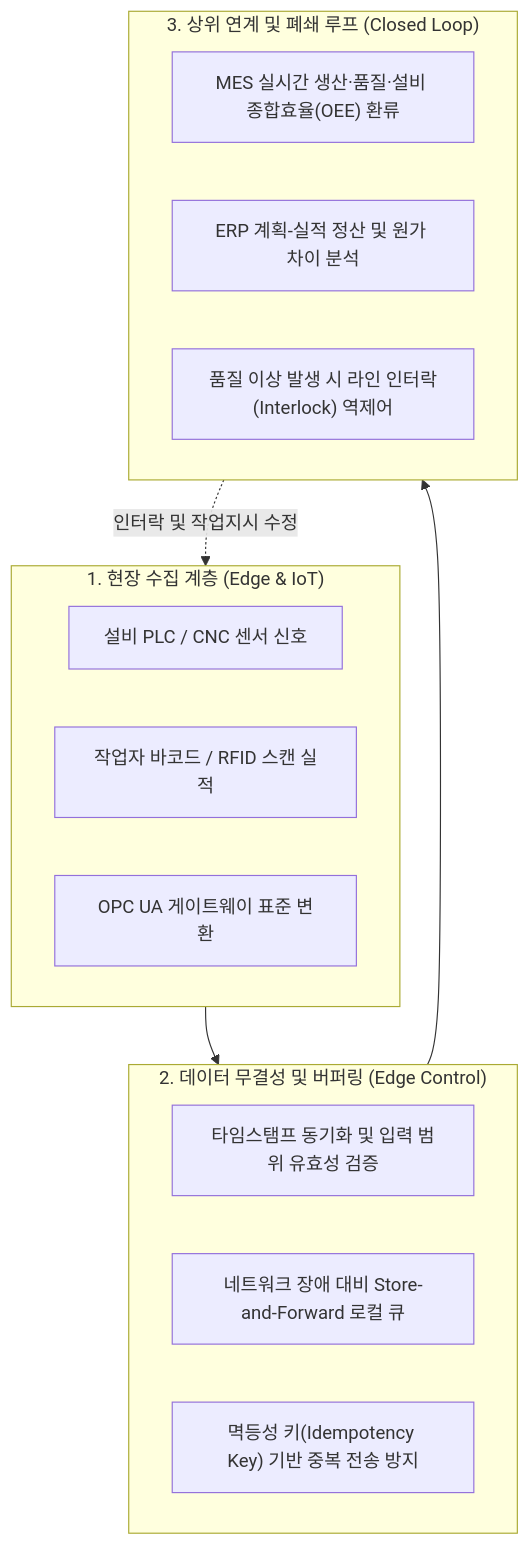
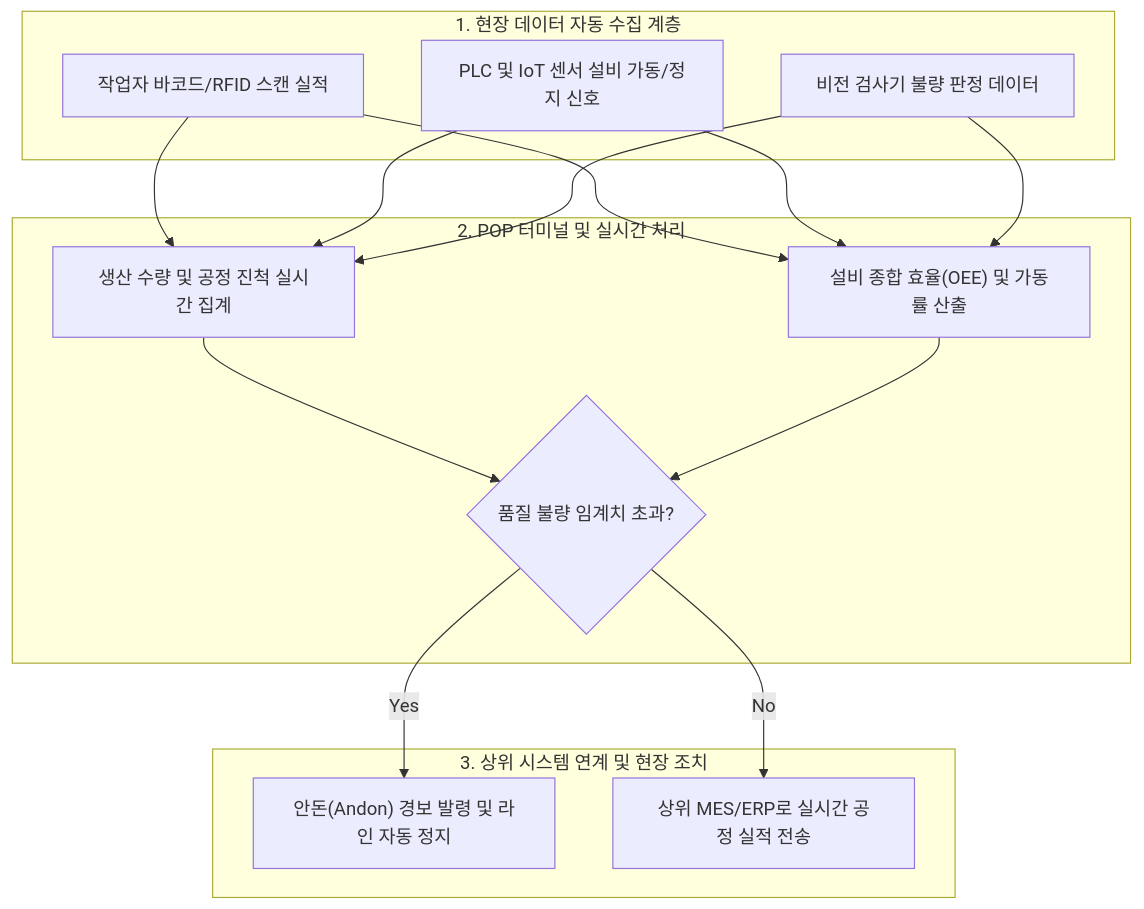
One commit to agnusdei1207/study changed the fourth of 5 diagrams in src/content/docs/notes/itpe/01-it-strategy/038_pop.md. Above: the diagram before and after it, drawn with Mermaid. The commit also changed other lines of this file and 80 other files, not shown here.

````diff
--- a/src/content/docs/notes/itpe/01-it-strategy/038_pop.md
+++ b/src/content/docs/notes/itpe/01-it-strategy/038_pop.md
@@ -122,22 +125,20 @@
 ```mermaid
 flowchart TD
-    subgraph ShopFloor["1. 현장 수집 계층 (Edge & IoT)"]
-        S1["설비 PLC / CNC 센서 신호"]
-        S2["작업자 바코드 / RFID 스캔 실적"]
-        S3["OPC UA 게이트웨이 표준 변환"]
+    subgraph ShopFloor["1. 현장 데이터 자동 수집 계층"]
+        S1["작업자 바코드/RFID 스캔 실적"]
+        S2["PLC 및 IoT 센서 설비 가동/정지 신호"]
+        S3["비전 검사기 불량 판정 데이터"]
     end
-    subgraph Reliability["2. 데이터 무결성 및 버퍼링 (Edge Control)"]
-        R1["타임스탬프 동기화 및 입력 범위 유효성 검증"]
-        R2["네트워크 장애 대비 Store-and-Forward 로컬 큐"]
-        R3["멱등성 키(Idempotency Key) 기반 중복 전송 방지"]
+    subgraph POP_Core["2. POP 터미널 및 실시간 처리"]
+        P1["생산 수량 및 공정 진척 실시간 집계"]
+        P2["설비 종합 효율(OEE) 및 가동률 산출"]
+        P3{"품질 불량 임계치 초과?"}
+        S1 & S2 & S3 --> P1 & P2 --> P3
     end
-    subgraph Upper["3. 상위 연계 및 폐쇄 루프 (Closed Loop)"]
-        U1["MES 실시간 생산·품질·설비 종합효율(OEE) 환류"]
-        U2["ERP 계획-실적 정산 및 원가 차이 분석"]
-        U3["품질 이상 발생 시 라인 인터락(Interlock) 역제어"]
+    subgraph Control["3. 상위 시스템 연계 및 현장 조치"]
+        C1["안돈(Andon) 경보 발령 및 라인 자동 정지"]
+        C2["상위 MES/ERP로 실시간 공정 실적 전송"]
+        P3 -->|Yes| C1
+        P3 -->|No| C2
     end
-
-    ShopFloor --> Reliability
-    Reliability --> Upper
-    Upper -.->|인터락 및 작업지시 수정| ShopFloor
 ```
````
